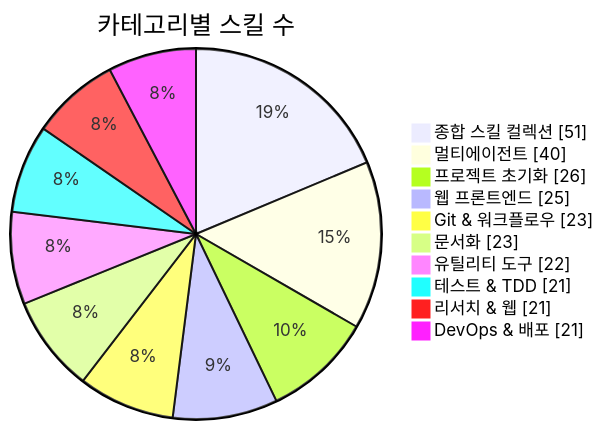
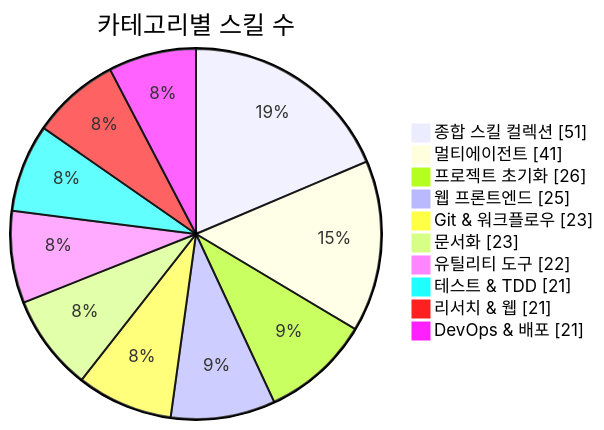
The first of 3 diagrams in README.md (J-nowcow/awesome-korean-agent-skills), drawn with Mermaid before and after one commit. The commit also changed other lines of this file and 5 other files, not shown here.

````diff
--- a/README.md
+++ b/README.md
@@ -176,14 +176,14 @@
 ```mermaid
 pie showData
     title 카테고리별 스킬 수
     "종합 스킬 컬렉션" : 51
-    "멀티에이전트" : 40
+    "멀티에이전트" : 41
     "프로젝트 초기화" : 26
     "웹 프론트엔드" : 25
     "Git & 워크플로우" : 23
     "문서화" : 23
     "유틸리티 도구" : 22
     "테스트 & TDD" : 21
     "리서치 & 웹" : 21
     "DevOps & 배포" : 21
 ```
````
